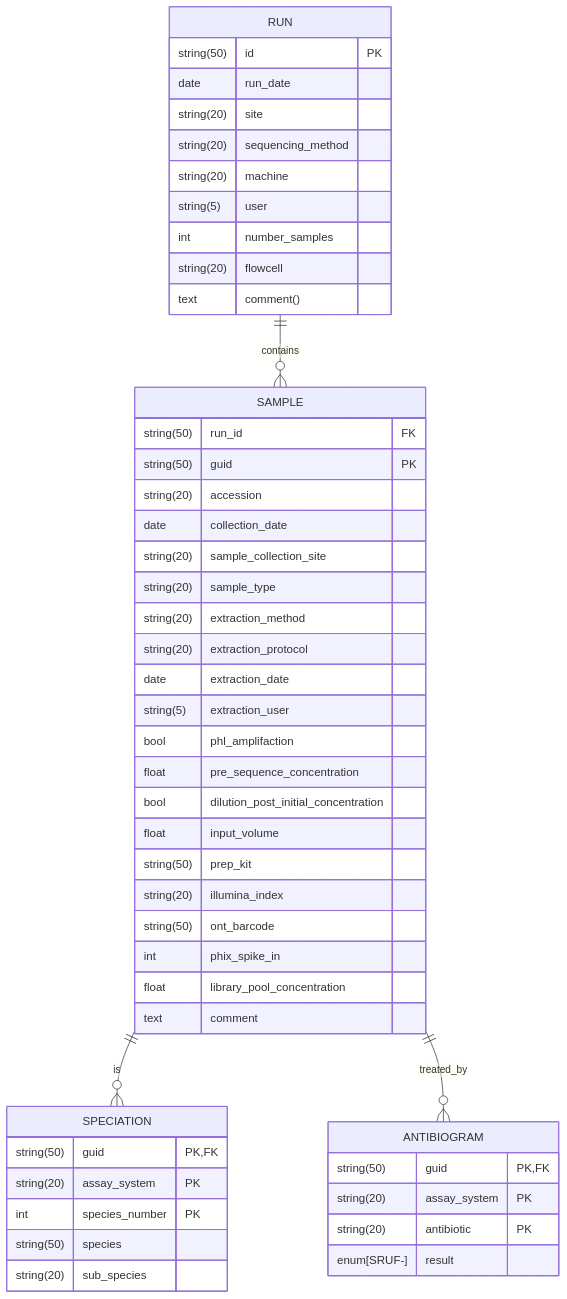
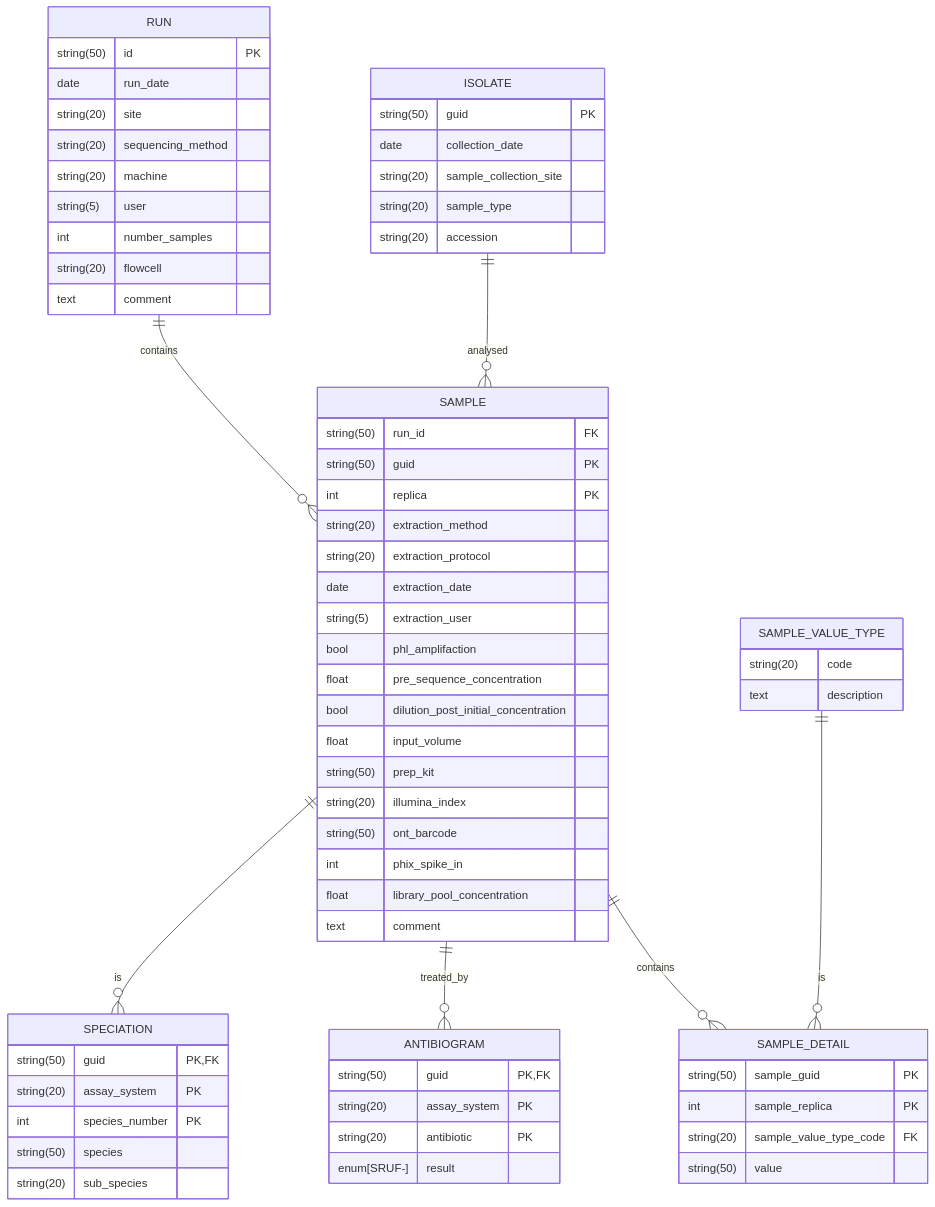
The diagram in docs/database-layout.md (oxfordmmm/gpas_local_db), drawn with Mermaid before and after one commit.

Commit message:
added isolate, sample_detail and sample_value_type tables

````diff
--- a/docs/database-layout.md
+++ b/docs/database-layout.md
@@ -3,56 +3,76 @@
 ```mermaid
 erDiagram
     RUN {
         string(50) id PK
         date run_date
         string(20) site
         string(20) sequencing_method
         string(20) machine
         string(5) user
         int number_samples
         string(20) flowcell
-        text comment()
+        text comment
+    }
+
+    ISOLATE {
+        string(50) guid PK
+        date collection_date
+        string(20) sample_collection_site
+        string(20) sample_type
+        string(20) accession
     }
 
     SAMPLE {
         string(50) run_id FK
         string(50) guid PK
-        string(20) accession
-        date collection_date
-        string(20) sample_collection_site
-        string(20) sample_type
+        int replica PK
         string(20) extraction_method
         string(20) extraction_protocol
         date extraction_date
         string(5) extraction_user
         bool phl_amplifaction
         float pre_sequence_concentration
         bool dilution_post_initial_concentration
         float input_volume
         string(50) prep_kit
         string(20) illumina_index
         string(50) ont_barcode
         int phix_spike_in
         float library_pool_concentration
         text comment
+    }
+
+    SAMPLE_DETAIL {
+        string(50) sample_guid PK
+        int sample_replica PK
+        string(20) sample_value_type_code FK
+        string(50) value
+    }
+
+    SAMPLE_VALUE_TYPE {
+        string(20) code
+        text description
     }
 
     SPECIATION {
         string(50) guid PK, FK
         string(20) assay_system PK
         int species_number PK
         string(50) species
         string(20) sub_species
     }
 
     ANTIBIOGRAM {
         string(50) guid PK, FK
         string(20) assay_system PK
         string(20) antibiotic PK
         enum[SRUF-] result
     }
 
     RUN ||--o{ SAMPLE : contains
+    ISOLATE ||--o{ SAMPLE : analysed
     SAMPLE ||--o{ SPECIATION : is
     SAMPLE ||--o{ ANTIBIOGRAM : treated_by
+    SAMPLE ||--o{ SAMPLE_DETAIL: contains
+    SAMPLE_VALUE_TYPE ||--o{ SAMPLE_DETAIL: is
 ```
````
